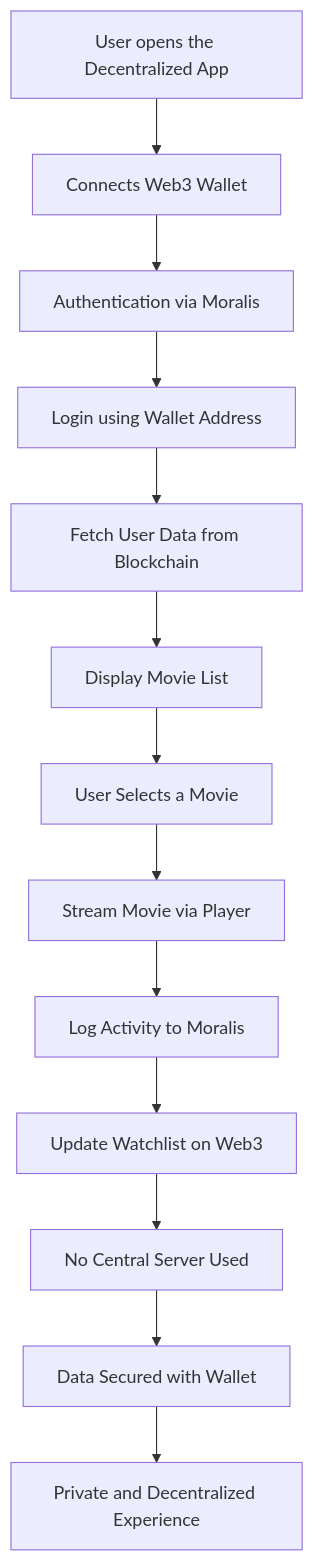
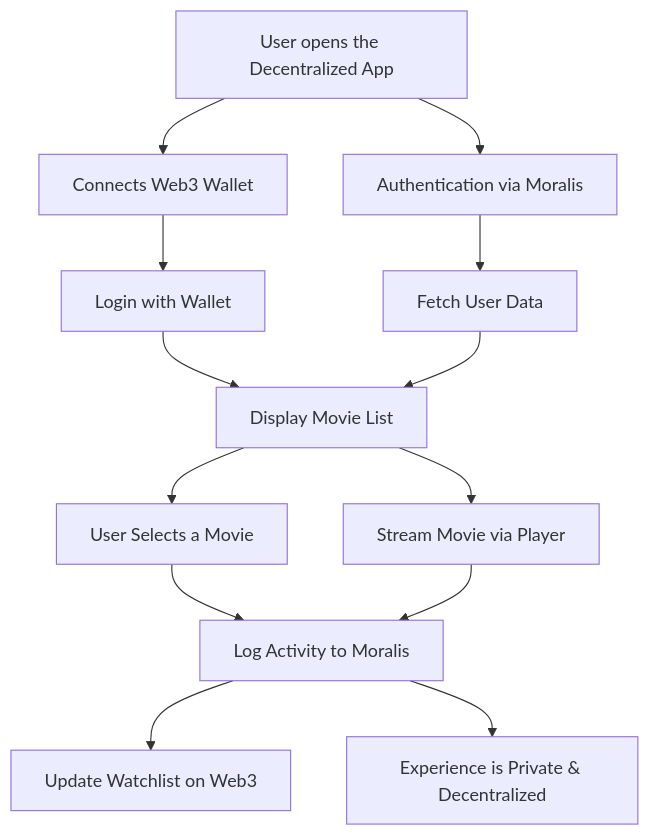
The diagram in README.md (R05H10/Decentralized-Netflix), drawn with Mermaid before and after one commit. The commit also changed other lines of this file, not shown here.

````diff
--- a/README.md
+++ b/README.md
@@ -15,15 +15,19 @@
 ```mermaid
 flowchart TD
-    A[User opens the Decentralized App] --> B[Connects Web3 Wallet]
-    B --> C[Authentication via Moralis]
-    C --> D[Login using Wallet Address]
-    D --> E[Fetch User Data from Blockchain]
-    E --> F[Display Movie List]
-    F --> G[User Selects a Movie]
-    G --> H[Stream Movie via Player]
-    H --> I[Log Activity to Moralis]
-    I --> J[Update Watchlist on Web3]
-    J --> K[No Central Server Used]
-    K --> L[Data Secured with Wallet]
-    L --> M[Private and Decentralized Experience]
+    A[User opens the Decentralized App]
+    A --> B1[Connects Web3 Wallet]
+    A --> B2[Authentication via Moralis]
+
+    B1 --> C1[Login with Wallet]
+    B2 --> C2[Fetch User Data]
+    C1 --> C3[Display Movie List]
+    C2 --> C3
+
+    C3 --> D1[User Selects a Movie]
+    C3 --> D2[Stream Movie via Player]
+    D1 --> E[Log Activity to Moralis]
+    D2 --> E
+
+    E --> F1[Update Watchlist on Web3]
+    E --> F2[Experience is Private & Decentralized]
 ```
````
